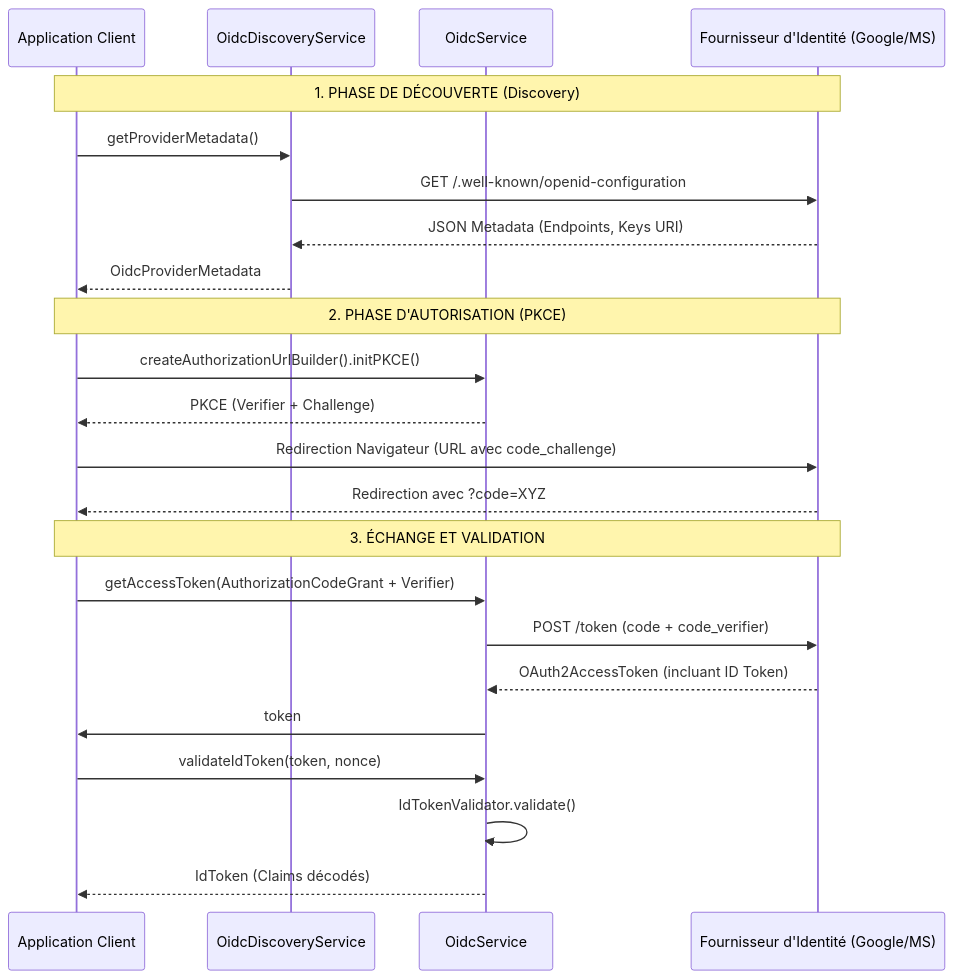
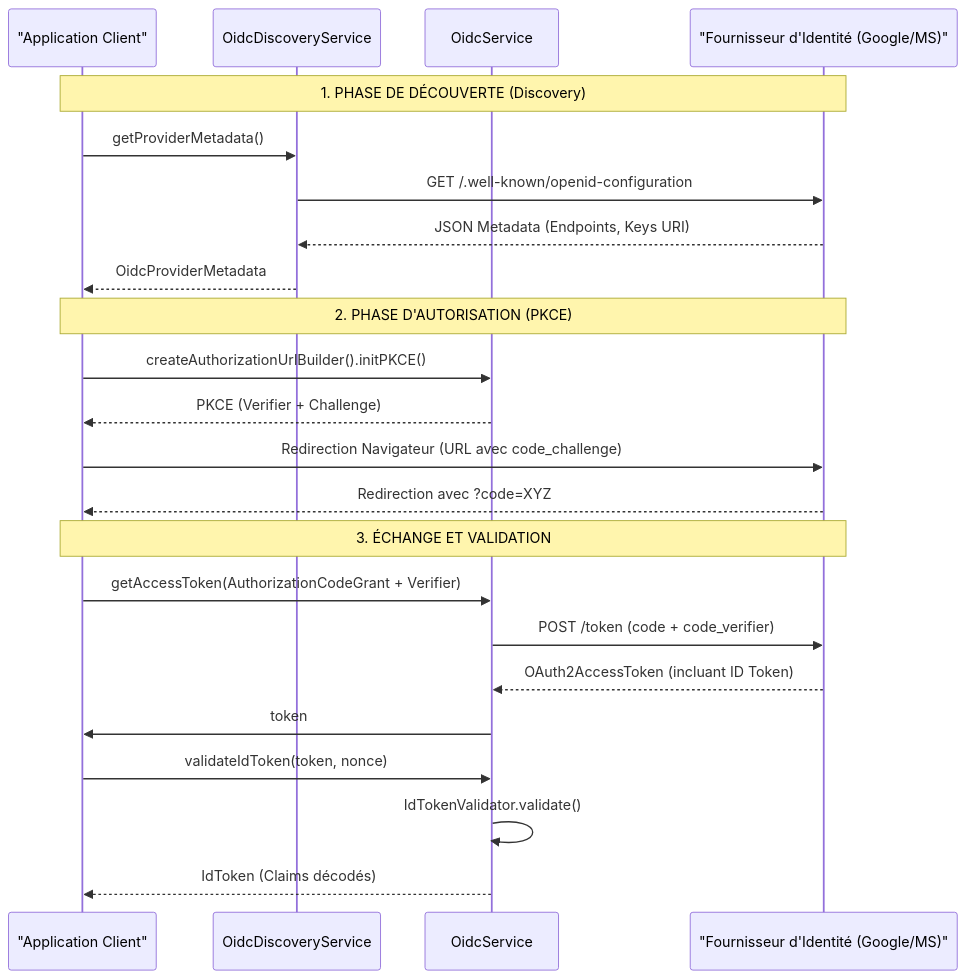
Before and after one commit to Q300Z/scribejava: the first of 21 diagrams in docs/explanations/oauth2-flows.md, drawn with Mermaid. The commit also changed other lines of this file, not shown here.

Commit message:
docs(oidc): fix mermaid syntax and align architectural flows with codebase

````diff
--- a/docs/explanations/oauth2-flows.md
+++ b/docs/explanations/oauth2-flows.md
@@ -11,30 +11,30 @@
 ```mermaid
 
 sequenceDiagram
-    participant App as Application Client
+    participant App as "Application Client"
     participant Disc as OidcDiscoveryService
     participant Service as OidcService
-    participant IdP as Fournisseur d'Identité (Google/MS)
+    participant IdP as "Fournisseur d'Identité (Google/MS)"
 
     Note over App, IdP: 1. PHASE DE DÉCOUVERTE (Discovery)
     App->>Disc: getProviderMetadata()
     Disc->>IdP: GET /.well-known/openid-configuration
     IdP-->>Disc: JSON Metadata (Endpoints, Keys URI)
     Disc-->>App: OidcProviderMetadata
 
     Note over App, IdP: 2. PHASE D'AUTORISATION (PKCE)
     App->>Service: createAuthorizationUrlBuilder().initPKCE()
     Service-->>App: PKCE (Verifier + Challenge)
     App->>IdP: Redirection Navigateur (URL avec code_challenge)
     IdP-->>App: Redirection avec ?code=XYZ
 
     Note over App, IdP: 3. ÉCHANGE ET VALIDATION
     App->>Service: getAccessToken(AuthorizationCodeGrant + Verifier)
     Service->>IdP: POST /token (code + code_verifier)
     IdP-->>Service: OAuth2AccessToken (incluant ID Token)
     Service->>App: token
     App->>Service: validateIdToken(token, nonce)
     Service->>Service: IdTokenValidator.validate()
     Service-->>App: IdToken (Claims décodés)
 
 ```
````
